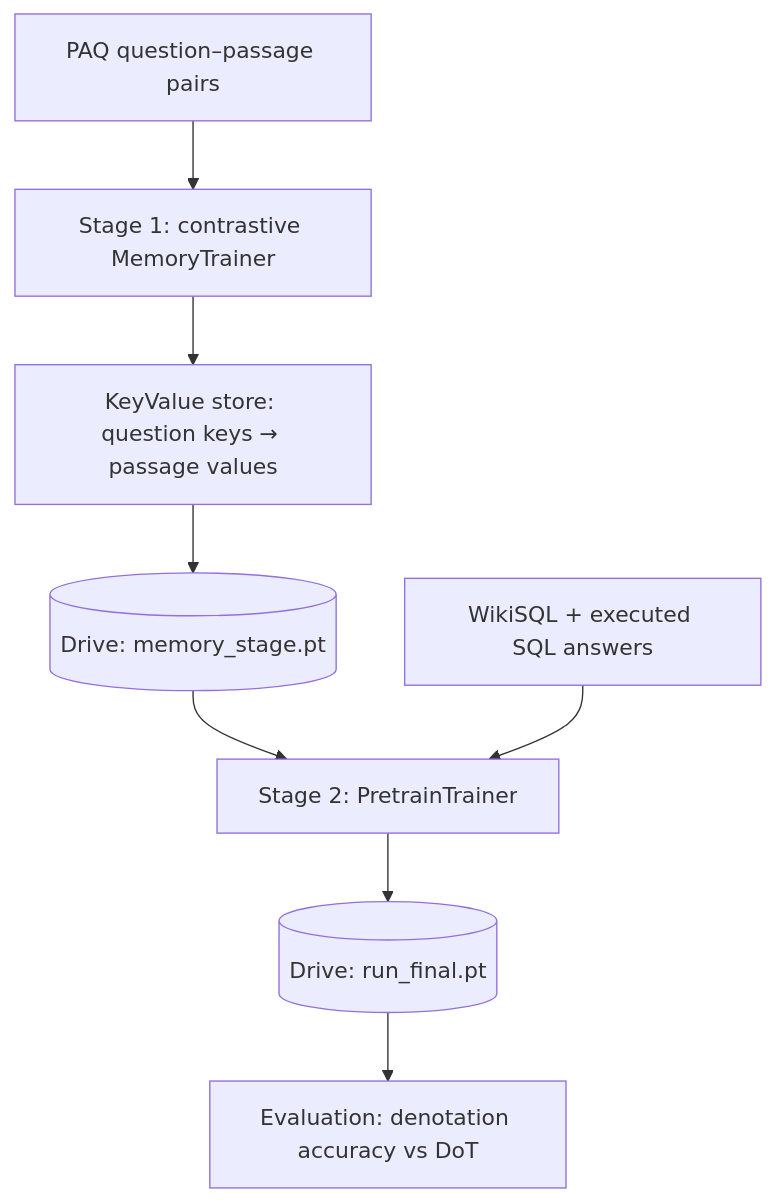
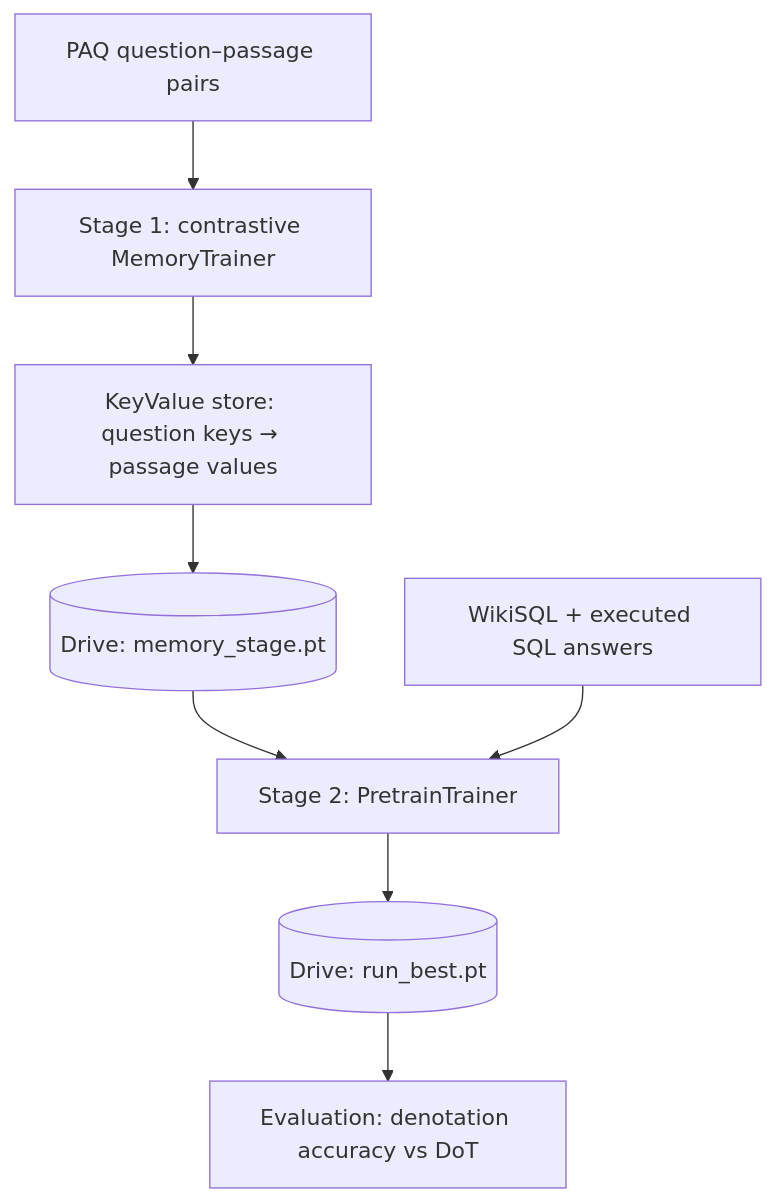
Before and after one commit to mohamedzait20003/TableMind: the diagram in README.md, drawn with Mermaid. The commit also changed other lines of this file and 16 other files, not shown here.

````diff
--- a/README.md
+++ b/README.md
@@ -115,10 +117,10 @@
 ```mermaid
 graph TD
     A[PAQ question–passage pairs] --> B[Stage 1: contrastive MemoryTrainer]
     B --> C[KeyValue store: question keys → passage values]
     C --> D[(Drive: memory_stage.pt)]
     D --> E[Stage 2: PretrainTrainer]
     F[WikiSQL + executed SQL answers] --> E
-    E --> G[(Drive: run_final.pt)]
+    E --> G[(Drive: run_best.pt)]
     G --> H[Evaluation: denotation accuracy vs DoT]
 ```
````
